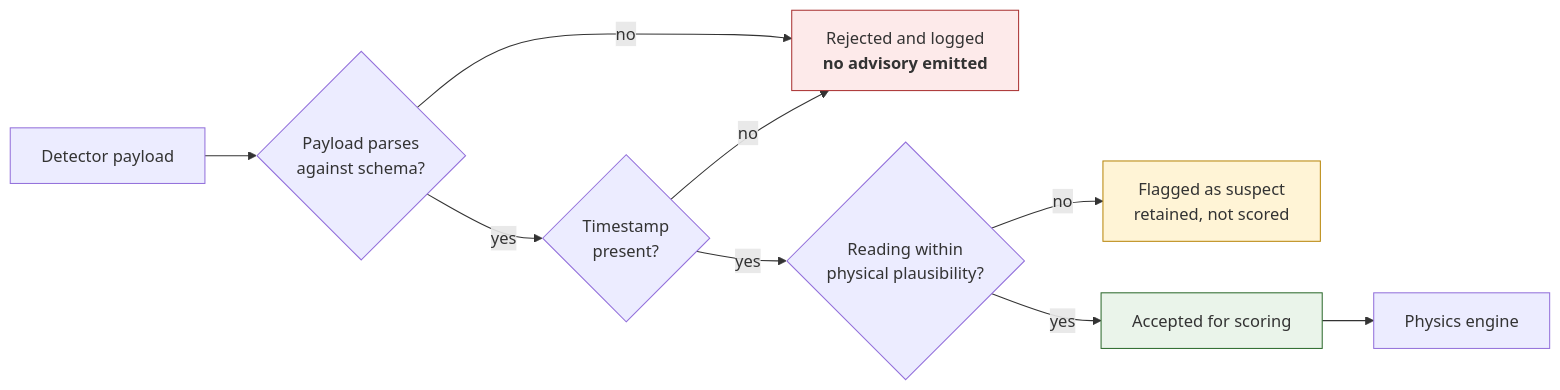
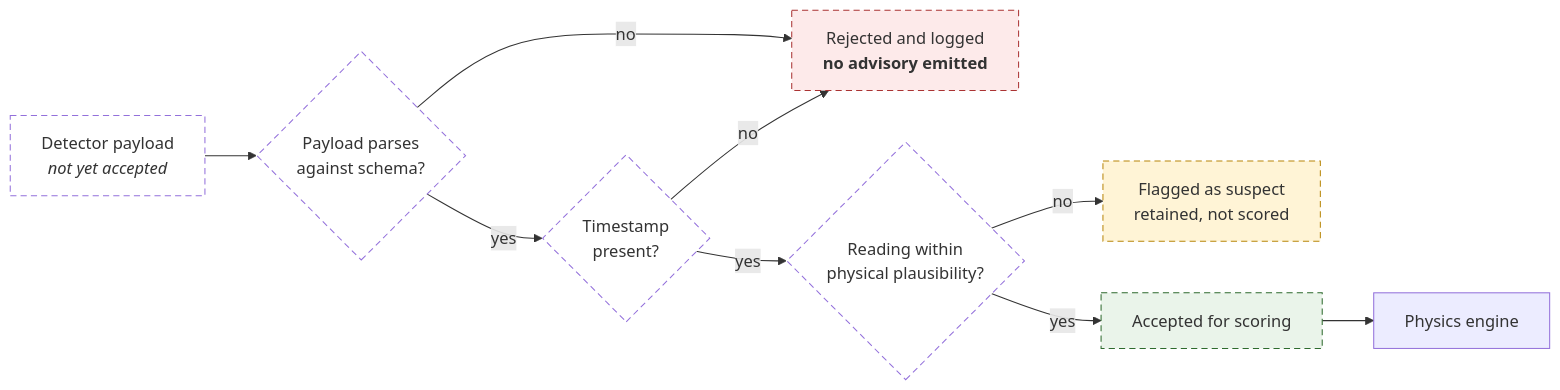
The second of 7 diagrams in client-assets/MASTER-BRIEF-DOCKET/B02-FLOW-MAP.md (kaanju19-lang/AxiomDynamics), drawn with Mermaid before and after one commit. The commit also changed other lines of this file and 3 other files, not shown here.

````diff
--- a/client-assets/MASTER-BRIEF-DOCKET/B02-FLOW-MAP.md
+++ b/client-assets/MASTER-BRIEF-DOCKET/B02-FLOW-MAP.md
@@ -58,15 +62,19 @@
 ```mermaid
 flowchart LR
-    A["Detector payload"] --> B{"Payload parses<br/>against schema?"}
+    A["Detector payload<br/><i>not yet accepted</i>"] --> B{"Payload parses<br/>against schema?"}
     B -->|no| C["Rejected and logged<br/><b>no advisory emitted</b>"]
     B -->|yes| D{"Timestamp<br/>present?"}
     D -->|no| C
     D -->|yes| E{"Reading within<br/>physical plausibility?"}
     E -->|no| F["Flagged as suspect<br/>retained, not scored"]
     E -->|yes| G["Accepted for scoring"]
     G --> H["Physics engine"]
 
-    style C fill:#fdeaea,stroke:#a33
-    style F fill:#fff4d6,stroke:#b8860b
-    style G fill:#eaf4ea,stroke:#2d6a2d
+    style A stroke-dasharray: 6 4,fill:#fff
+    style B stroke-dasharray: 6 4,fill:#fff
+    style D stroke-dasharray: 6 4,fill:#fff
+    style E stroke-dasharray: 6 4,fill:#fff
+    style C fill:#fdeaea,stroke:#a33,stroke-dasharray: 6 4
+    style F fill:#fff4d6,stroke:#b8860b,stroke-dasharray: 6 4
+    style G fill:#eaf4ea,stroke:#2d6a2d,stroke-dasharray: 6 4
 ```
````
